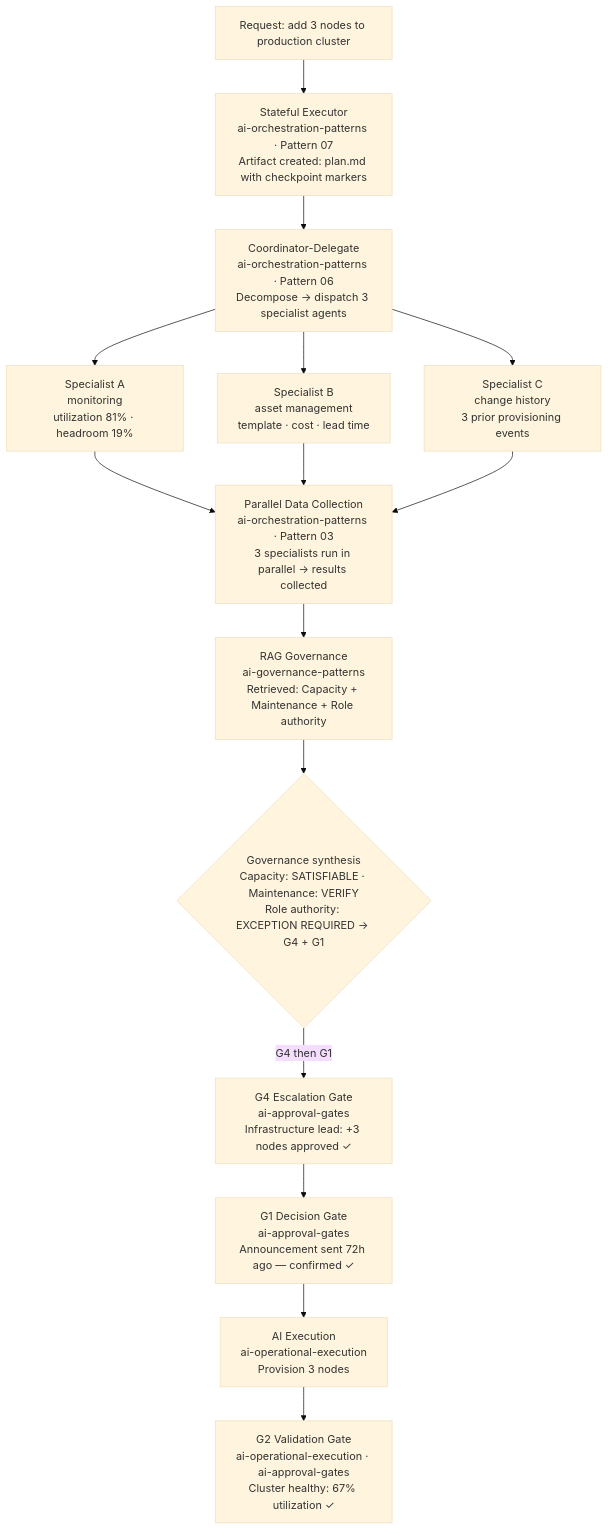
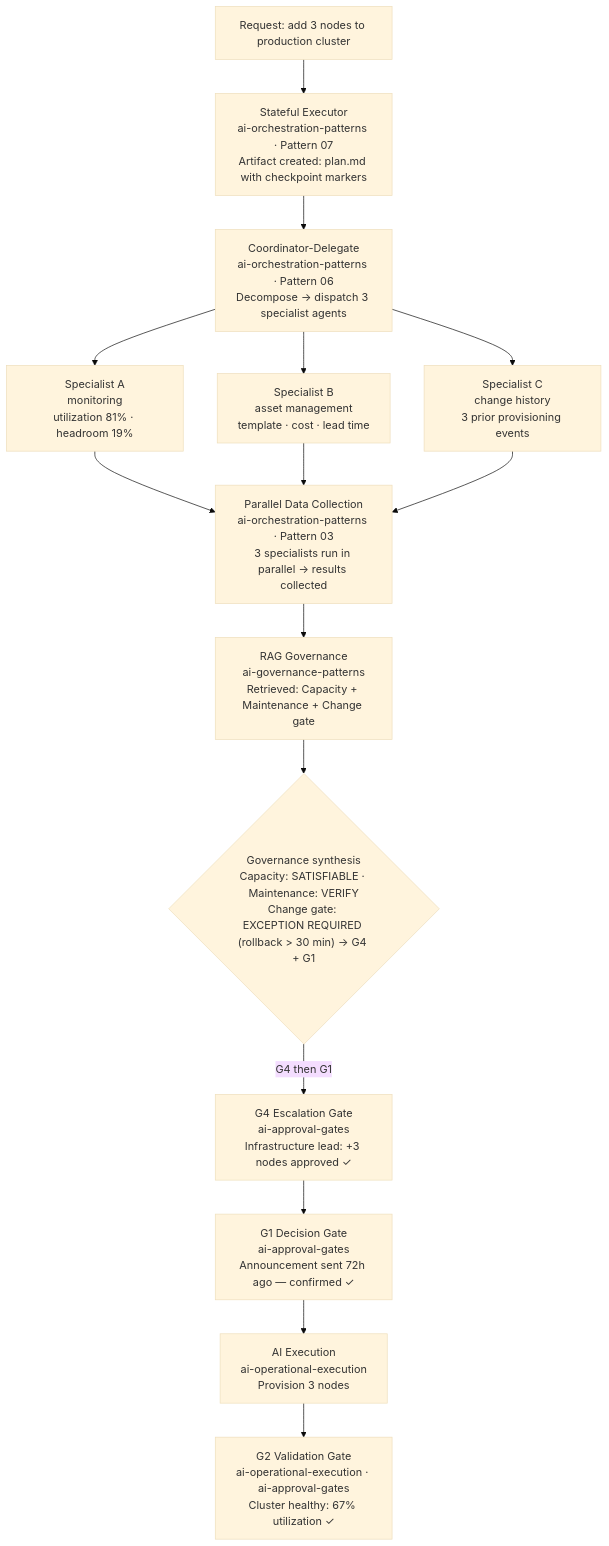
One commit to dmitrij-petrov/ai-infra-workflows changed the second of 2 diagrams in docs/system-overview.md. Above: the diagram before and after it, drawn with Mermaid (base theme). The commit also changed other lines of this file and 4 other files, not shown here.

````diff
--- a/docs/system-overview.md
+++ b/docs/system-overview.md
@@ -105,21 +105,21 @@
 ```mermaid
 flowchart TD
     A["Request: add 3 nodes to production cluster"]
     B["Stateful Executor<br/>ai-orchestration-patterns · Pattern 07<br/>Artifact created: plan.md with checkpoint markers"]
     C["Coordinator-Delegate<br/>ai-orchestration-patterns · Pattern 06<br/>Decompose → dispatch 3 specialist agents"]
     D1["Specialist A<br/>monitoring<br/>utilization 81% · headroom 19%"]
     D2["Specialist B<br/>asset management<br/>template · cost · lead time"]
     D3["Specialist C<br/>change history<br/>3 prior provisioning events"]
     E["Parallel Data Collection<br/>ai-orchestration-patterns · Pattern 03<br/>3 specialists run in parallel → results collected"]
-    F["RAG Governance<br/>ai-governance-patterns<br/>Retrieved: Capacity + Maintenance + Role authority"]
-    G{"Governance synthesis<br/>Capacity: SATISFIABLE · Maintenance: VERIFY<br/>Role authority: EXCEPTION REQUIRED → G4 + G1"}
+    F["RAG Governance<br/>ai-governance-patterns<br/>Retrieved: Capacity + Maintenance + Change gate"]
+    G{"Governance synthesis<br/>Capacity: SATISFIABLE · Maintenance: VERIFY<br/>Change gate: EXCEPTION REQUIRED (rollback > 30 min) → G4 + G1"}
     H["G4 Escalation Gate<br/>ai-approval-gates<br/>Infrastructure lead: +3 nodes approved ✓"]
     I["G1 Decision Gate<br/>ai-approval-gates<br/>Announcement sent 72h ago — confirmed ✓"]
     J["AI Execution<br/>ai-operational-execution<br/>Provision 3 nodes"]
     K["G2 Validation Gate<br/>ai-operational-execution · ai-approval-gates<br/>Cluster healthy: 67% utilization ✓"]
 
     A --> B --> C
     C --> D1 & D2 & D3
     D1 & D2 & D3 --> E --> F --> G
     G -->|G4 then G1| H --> I --> J --> K
 ```
````
